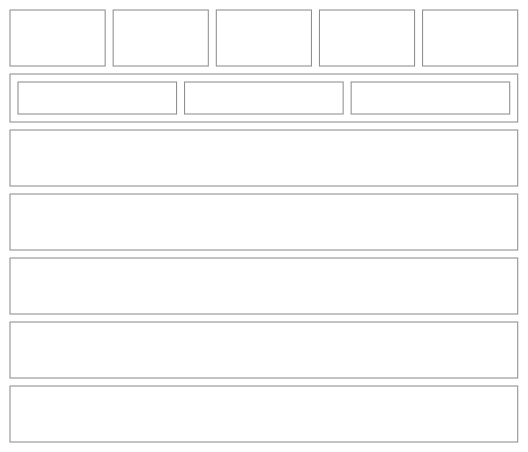
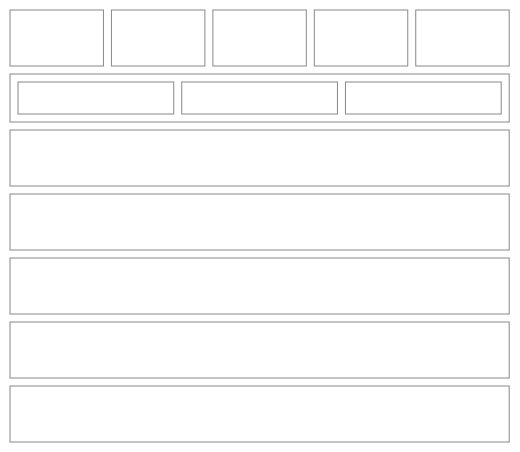
The ninth of 23 diagrams in src/apps/waypoint/UX.md (NovaMoonX/moondreams-dev-apps), drawn with Mermaid before and after one commit. The commit also changed other lines of this file and 16 other files, not shown here.

````diff
--- a/src/apps/waypoint/UX.md
+++ b/src/apps/waypoint/UX.md
@@ -210,35 +210,35 @@
 ```mermaid
 %%{init: {'theme': 'base', 'themeVariables': {'primaryColor': 'transparent', 'primaryBorderColor': '#888888', 'primaryTextColor': '#333333', 'lineColor': '#888888'}}}%%
 block-beta
   columns 5
   DayAll["All"]:1
   Day1["Day 1"]:1
   Day2["Day 2"]:1
   Day3["Day 3 ···"]:1
   DayOther["Other"]:1
   block:Totals:5
     columns 3
     TotalPaid["Paid so far: $180"]
-    TotalExpected["Expected: $60–$90"]
-    TotalAll["Total: $240–$270"]
+    TotalExpected["Expected: $60-$90"]
+    TotalAll["Total: $240-$270"]
   end
   Dues["You owe Sam: $4"]:5
   AddBtn["+ Add Expense"]:5
   Ex1["Ramen dinner — $42<br/>paid by Sam · split 3 ways"]:5
   Ex2["Taxi — $18<br/>paid by you · everyone"]:5
-  Ex3["Farmer's market — $10–$30 est.<br/>upcoming"]:5
+  Ex3["Farmer's market — $10-$30 est.<br/>upcoming"]:5
   style DayAll fill:transparent,stroke:#888888,stroke-width:1px;
   style Day1 fill:transparent,stroke:#888888,stroke-width:1px;
   style Day2 fill:transparent,stroke:#888888,stroke-width:1px;
   style Day3 fill:transparent,stroke:#888888,stroke-width:1px;
   style DayOther fill:transparent,stroke:#888888,stroke-width:1px;
   style Totals fill:transparent,stroke:#888888,stroke-width:1px;
   style TotalPaid fill:transparent,stroke:#888888,stroke-width:1px;
   style TotalExpected fill:transparent,stroke:#888888,stroke-width:1px;
   style TotalAll fill:transparent,stroke:#888888,stroke-width:1px;
   style Dues fill:transparent,stroke:#888888,stroke-width:1px;
   style AddBtn fill:transparent,stroke:#888888,stroke-width:1px;
   style Ex1 fill:transparent,stroke:#888888,stroke-width:1px;
   style Ex2 fill:transparent,stroke:#888888,stroke-width:1px;
   style Ex3 fill:transparent,stroke:#888888,stroke-width:1px;
 ```
````
